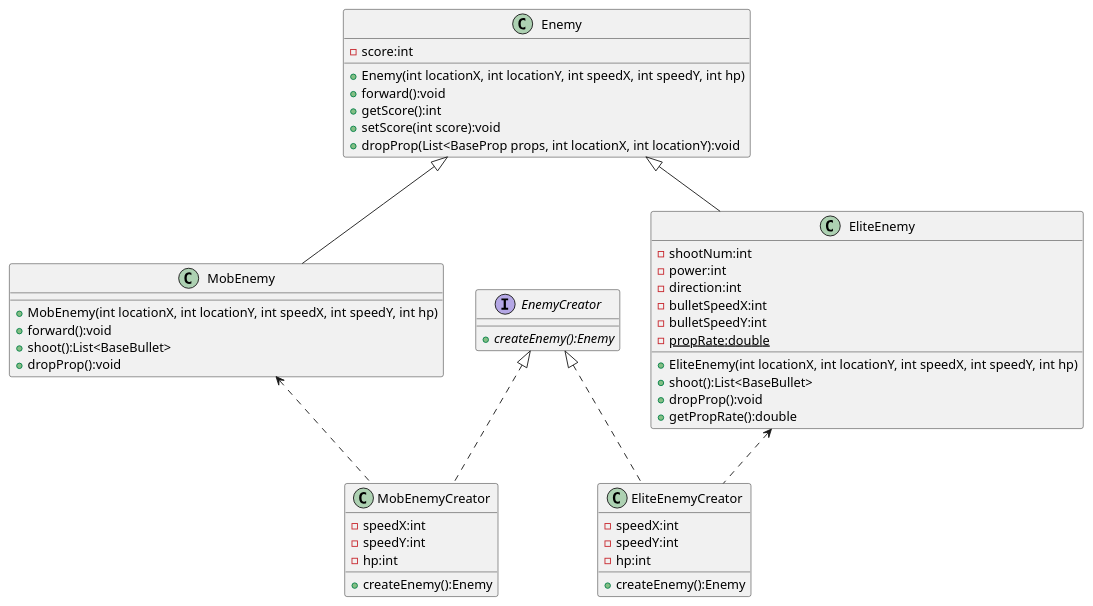
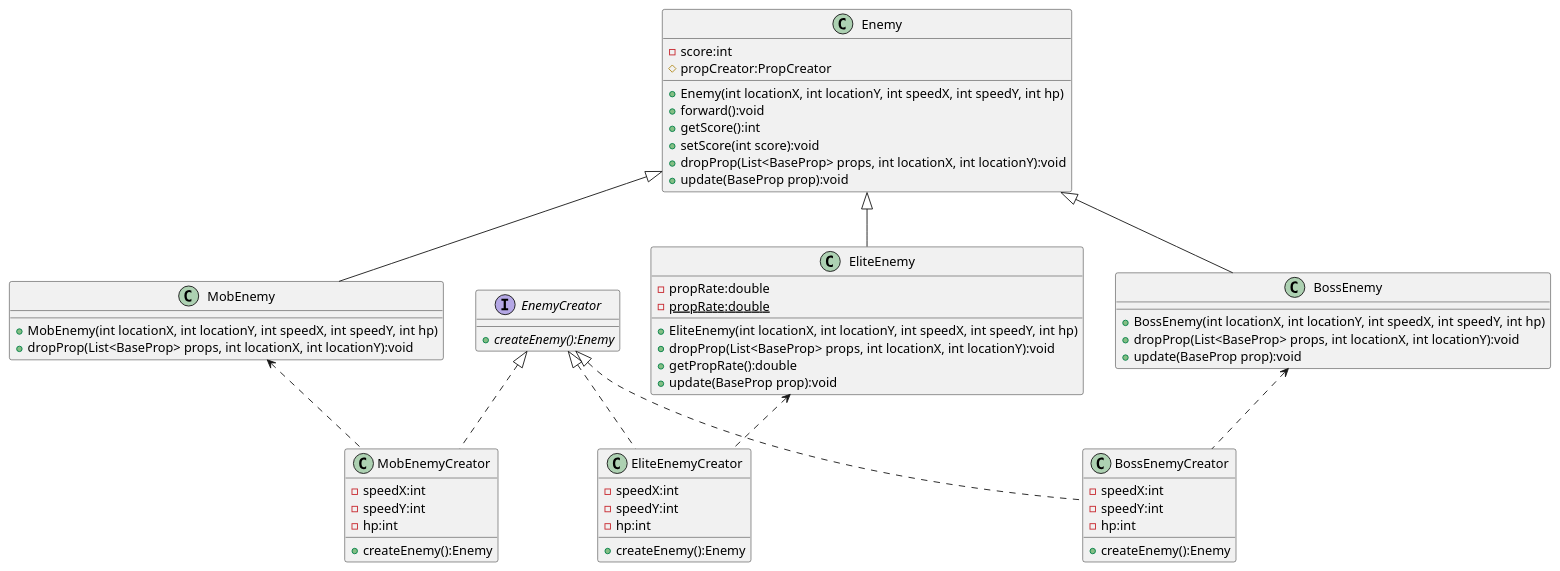
Before and after one commit to ErixisLWP/Aircraft: the diagram in uml/Exp2_EnemyFactories.puml, drawn with PlantUML. The commit also changed 30 other files, not shown here.

```diff
--- a/uml/Exp2_EnemyFactories.puml
+++ b/uml/Exp2_EnemyFactories.puml
@@ -1,61 +1,74 @@
 @startuml
 'https://plantuml.com/class-diagram
 interface EnemyCreator{
     + {abstract} createEnemy():Enemy
 }
 
 class MobEnemyCreator{
     - speedX:int
     - speedY:int
     - hp:int
     + createEnemy():Enemy
 }
 
 class EliteEnemyCreator{
     - speedX:int
     - speedY:int
     - hp:int
     + createEnemy():Enemy
 }
 
+class BossEnemyCreator{
+    - speedX:int
+    - speedY:int
+    - hp:int
+    + createEnemy():Enemy
+}
+
 EnemyCreator <|.. MobEnemyCreator
 EnemyCreator <|.. EliteEnemyCreator
+EnemyCreator <|.. BossEnemyCreator
 
 class Enemy {
     - score:int
+    # propCreator:PropCreator
     + Enemy(int locationX, int locationY, int speedX, int speedY, int hp)
     + forward():void
     + getScore():int
     + setScore(int score):void
-    + dropProp(List<BaseProp props, int locationX, int locationY):void
+    + dropProp(List<BaseProp> props, int locationX, int locationY):void
+    + update(BaseProp prop):void
 }
 
 class MobEnemy {
     + MobEnemy(int locationX, int locationY, int speedX, int speedY, int hp)
-    + forward():void
-    + shoot():List<BaseBullet>
-    + dropProp():void
+    + dropProp(List<BaseProp> props, int locationX, int locationY):void
 }
 
 MobEnemy <.. MobEnemyCreator
 
 class EliteEnemy {
-    - shootNum:int
-    - power:int
-    - direction:int
-    - bulletSpeedX:int
-    - bulletSpeedY:int
+    - propRate:double
     - {static} propRate:double
     + EliteEnemy(int locationX, int locationY, int speedX, int speedY, int hp)
-    + shoot():List<BaseBullet>
-    + dropProp():void
+    + dropProp(List<BaseProp> props, int locationX, int locationY):void
     + getPropRate():double
+    + update(BaseProp prop):void
 }
 
 EliteEnemy <.. EliteEnemyCreator
 
+class BossEnemy {
+    + BossEnemy(int locationX, int locationY, int speedX, int speedY, int hp)
+    + dropProp(List<BaseProp> props, int locationX, int locationY):void
+    + update(BaseProp prop):void
+}
+
+BossEnemy <.. BossEnemyCreator
+
 Enemy <|-- MobEnemy
 Enemy <|-- EliteEnemy
+Enemy <|-- BossEnemy
 
 
 @enduml
```
